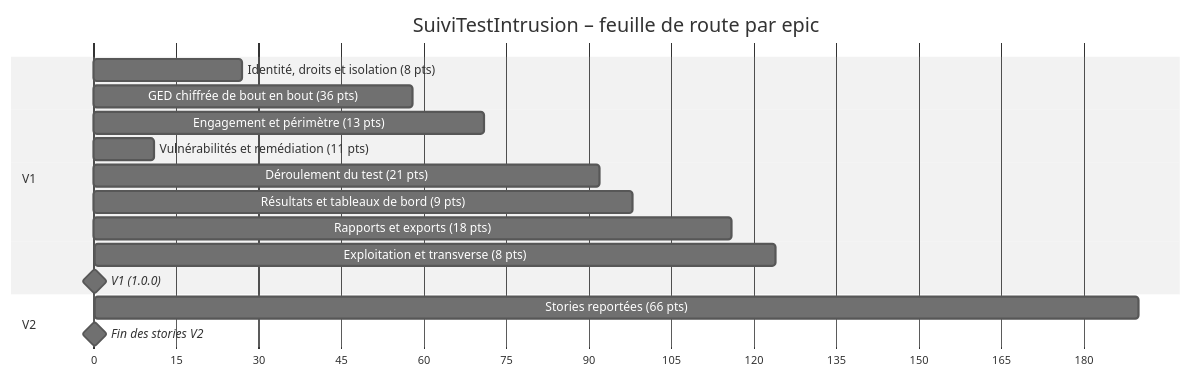
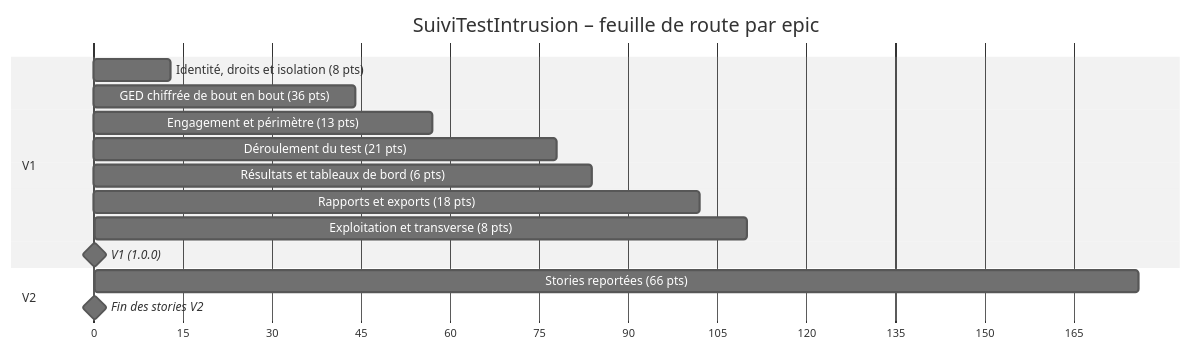
One commit to ILPlais/SuiviTestIntrusion changed the first of 2 diagrams in docs/20-29 Développement/22 Planification/22.01 Planification du développement.md. Above: the diagram before and after it, drawn with Mermaid (neutral theme). The commit also changed other lines of this file and 12 other files, not shown here.

````diff
--- a/docs/20-29 Développement/22 Planification/22.01 Planification du développement.md
+++ b/docs/20-29 Développement/22 Planification/22.01 Planification du développement.md
@@ -48,19 +48,18 @@
 ```mermaid
 gantt
     title SuiviTestIntrusion – feuille de route par epic
     dateFormat X
     axisFormat %s
     section V1
-    Identité, droits et isolation (8 pts) :ep_identite, 14, 27
-    GED chiffrée de bout en bout (36 pts) :ep_ged_chiffree, 17, 58
-    Engagement et périmètre (13 pts) :ep_engagement, 58, 71
-    Vulnérabilités et remédiation (11 pts) :ep_vulnerabilites, 0, 11
-    Déroulement du test (21 pts) :ep_deroulement, 71, 92
-    Résultats et tableaux de bord (9 pts) :ep_resultats, 11, 98
-    Rapports et exports (18 pts) :ep_exports, 98, 116
-    Exploitation et transverse (8 pts) :ep_exploitation, 116, 124
-    V1 (1.0.0) :milestone, v1, 124, 0d
+    Identité, droits et isolation (8 pts) :ep_identite, 0, 13
+    GED chiffrée de bout en bout (36 pts) :ep_ged_chiffree, 3, 44
+    Engagement et périmètre (13 pts) :ep_engagement, 44, 57
+    Déroulement du test (21 pts) :ep_deroulement, 57, 78
+    Résultats et tableaux de bord (6 pts) :ep_resultats, 78, 84
+    Rapports et exports (18 pts) :ep_exports, 84, 102
+    Exploitation et transverse (8 pts) :ep_exploitation, 102, 110
+    V1 (1.0.0) :milestone, v1, 110, 0d
     section V2
-    Stories reportées (66 pts) :ep_v2, 124, 190
-    Fin des stories V2 :milestone, v2, 190, 0d
+    Stories reportées (66 pts) :ep_v2, 110, 176
+    Fin des stories V2 :milestone, v2, 176, 0d
 ```
````
